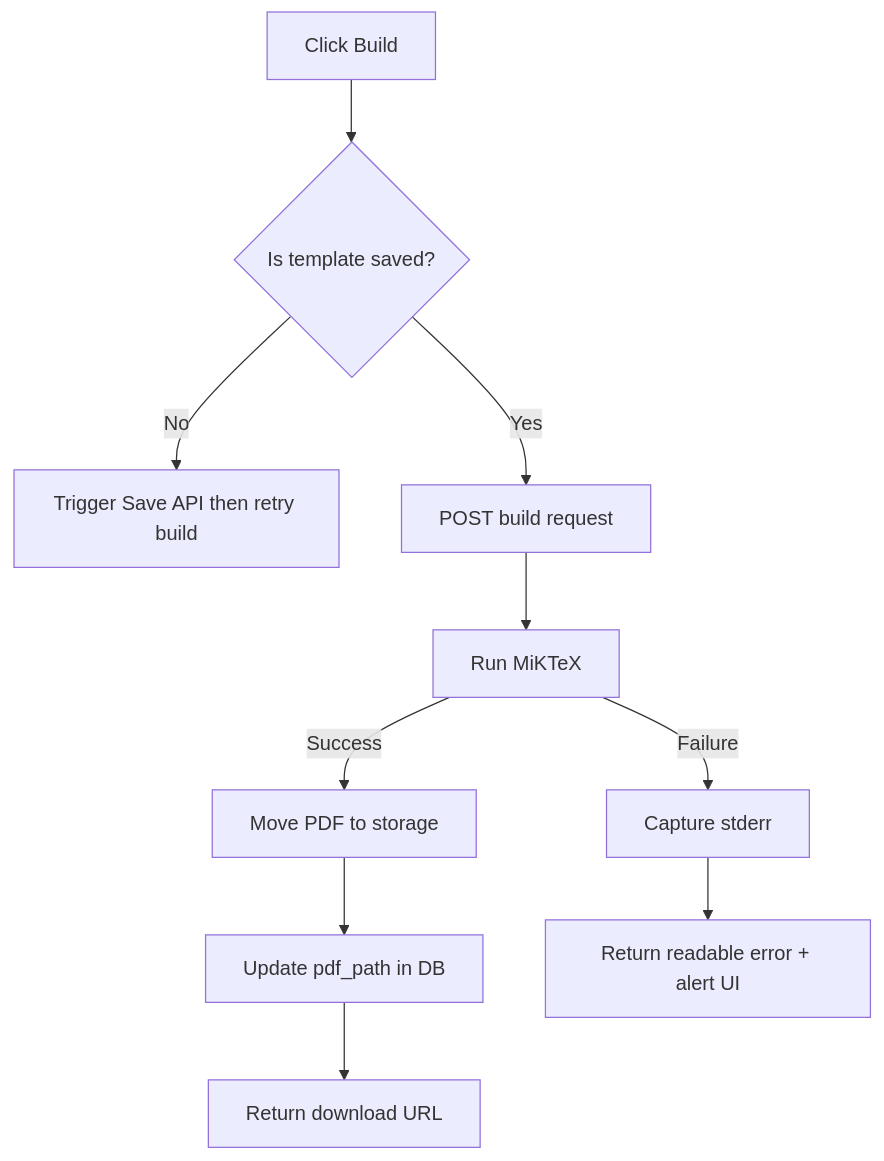
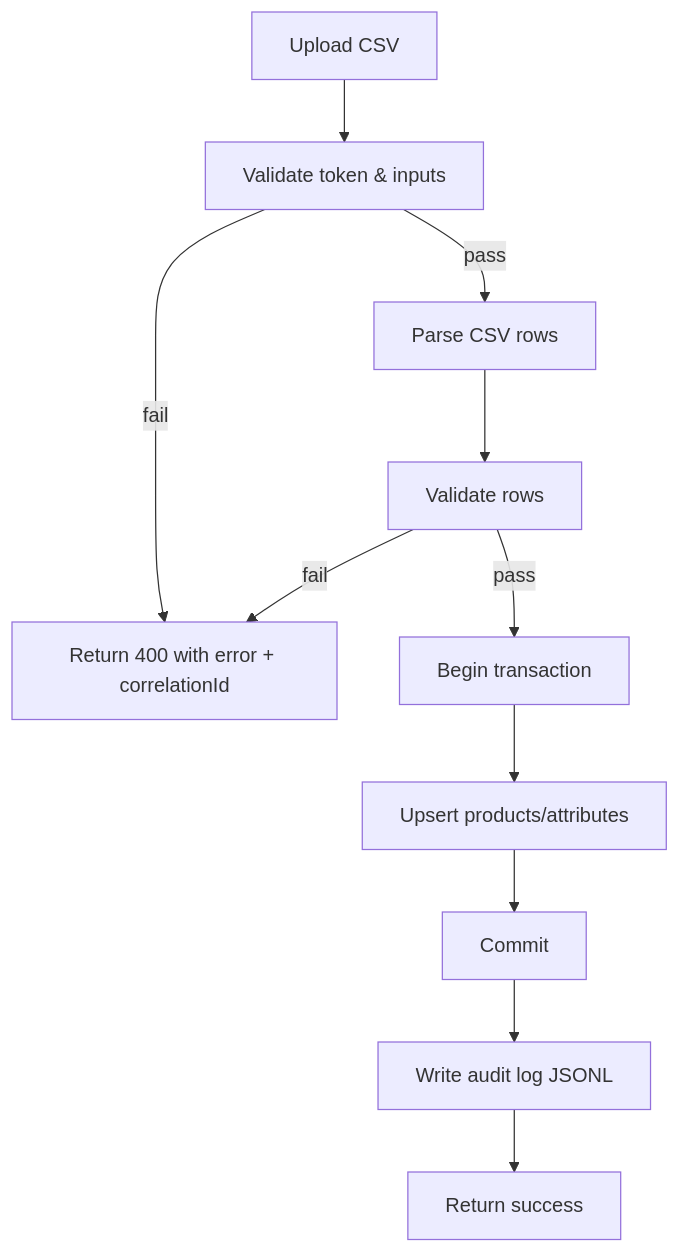
One commit to sinjie2008/Foundational-Electronics-Core-Systems changed the seventh of 8 diagrams in docs/spec.md. Above: the diagram before and after it, drawn with Mermaid. The commit also changed other lines of this file and 56 other files, not shown here.

````diff
--- a/docs/spec.md
+++ b/docs/spec.md
@@ -969,12 +227,13 @@
 ```mermaid
 flowchart TD
-    A[Click Build] --> B{Is template saved?}
-    B -- No --> C[Trigger Save API then retry build]
-    B -- Yes --> D[POST build request]
-    D --> E[Run MiKTeX]
-    E -->|Success| F[Move PDF to storage]
-    F --> G[Update pdf_path in DB]
-    G --> H[Return download URL]
-    E -->|Failure| I[Capture stderr]
-    I --> J[Return readable error + alert UI]
+  A[Upload CSV] --> B[Validate token & inputs]
+  B -->|fail| E[Return 400 with error + correlationId]
+  B -->|pass| C[Parse CSV rows]
+  C --> D[Validate rows]
+  D -->|fail| E
+  D -->|pass| F[Begin transaction]
+  F --> G[Upsert products/attributes]
+  G --> H[Commit]
+  H --> I[Write audit log JSONL]
+  I --> J[Return success]
 ```
````
